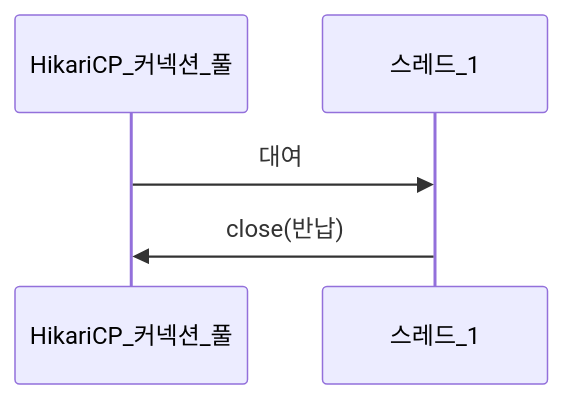
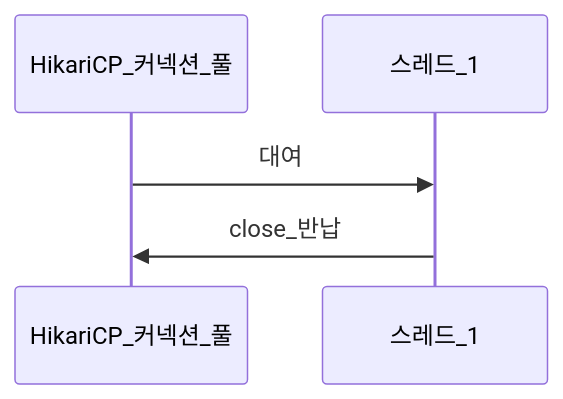
The first of 4 diagrams in _posts/db/2026-05-01-db-connection-pool.md (yjkim2015/yjkim2015.github.io), drawn with Mermaid before and after one commit. The commit also changed other lines of this file and 85 other files, not shown here.

First line of the commit message:
sequenceDiagram 문법 에러 2차 수정 169개 (86파일)

````diff
--- a/_posts/db/2026-05-01-db-connection-pool.md
+++ b/_posts/db/2026-05-01-db-connection-pool.md
@@ -41,5 +41,5 @@
 ```mermaid
 sequenceDiagram
     HikariCP_커넥션_풀->>스레드_1: 대여
-    스레드_1->>HikariCP_커넥션_풀: close(반납)
+    스레드_1->>HikariCP_커넥션_풀: close_반납
 ```
````
